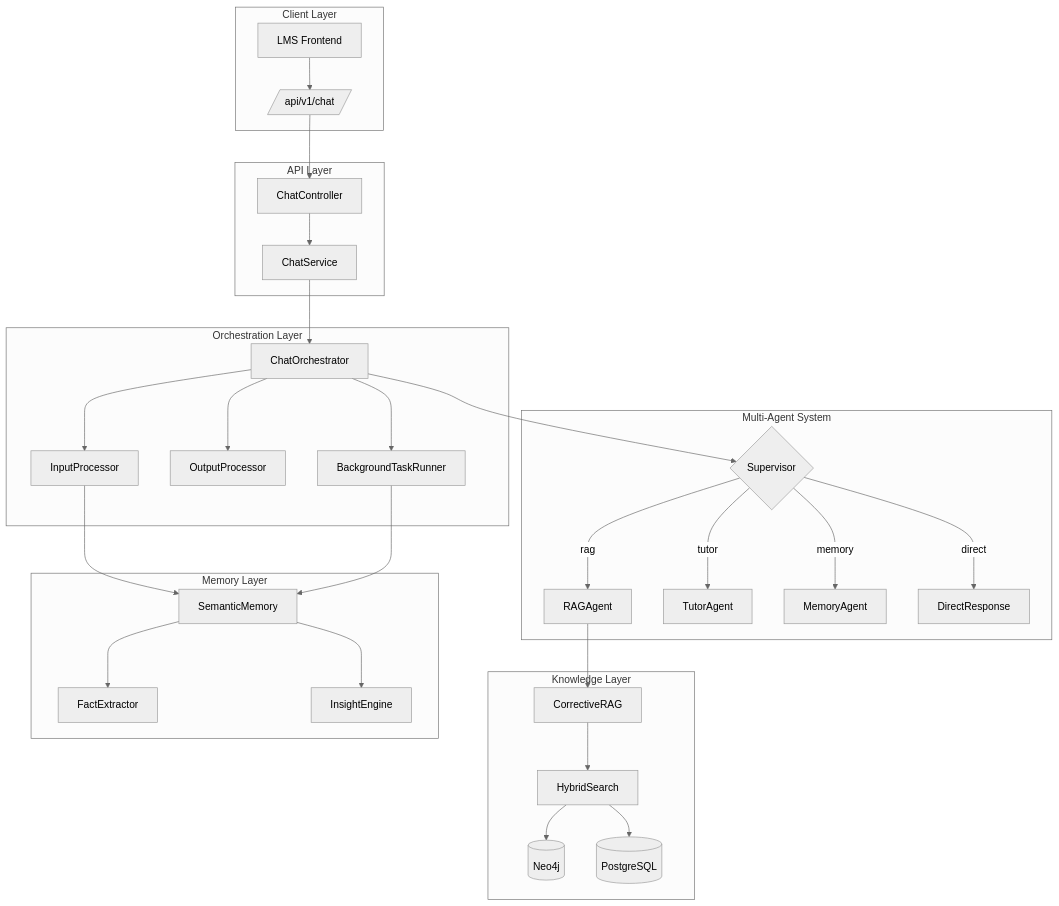
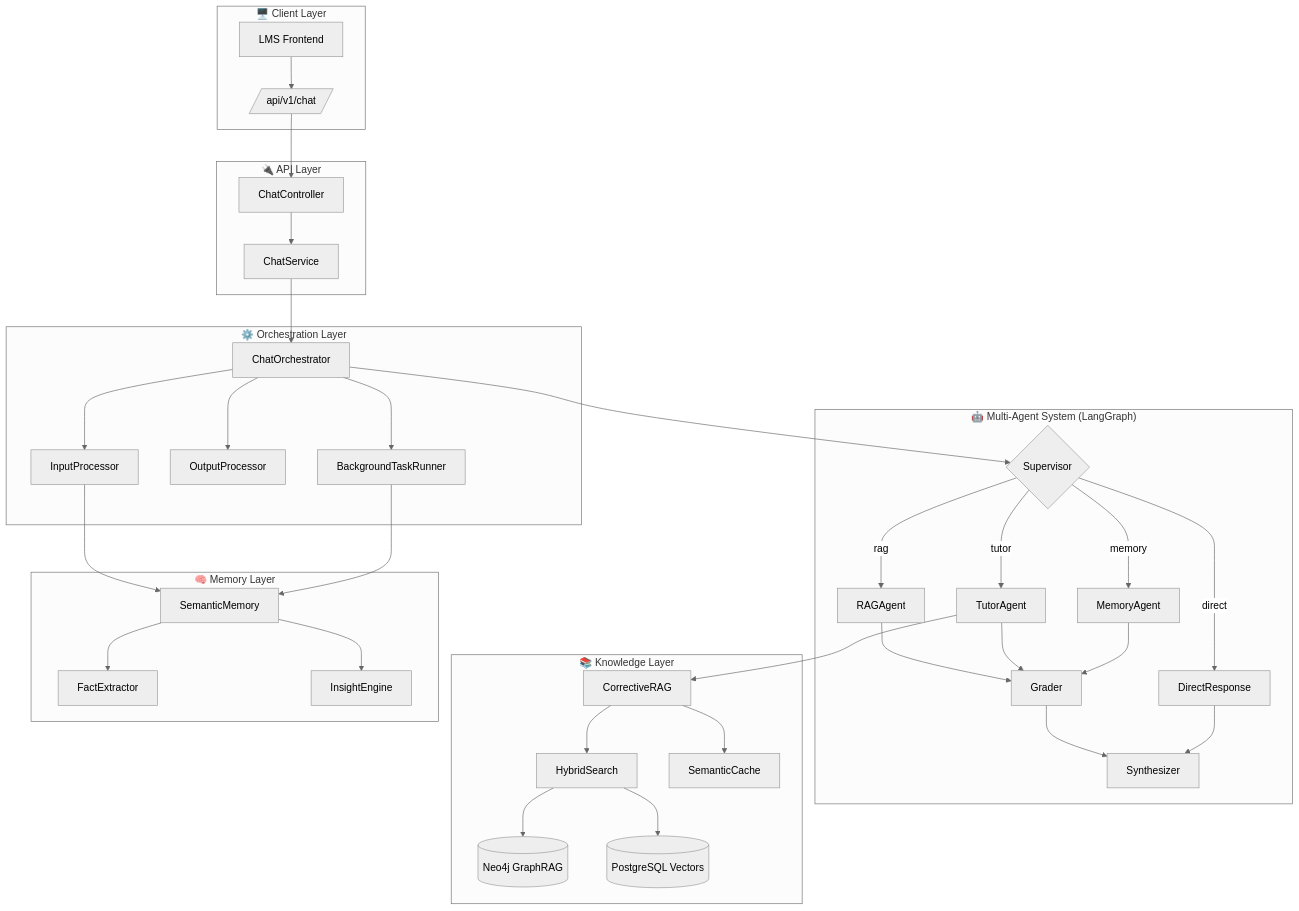
Before and after one commit to meiiie/LMS_AI: the first of 6 diagrams in docs/architecture/SYSTEM_FLOW.md, drawn with Mermaid (neutral theme). The commit also changed other lines of this file and 14 other files, not shown here.

````diff
--- a/docs/architecture/SYSTEM_FLOW.md
+++ b/docs/architecture/SYSTEM_FLOW.md
@@ -11,40 +11,46 @@
 ```mermaid
 flowchart TB
-    subgraph Client["Client Layer"]
+    subgraph Client["🖥️ Client Layer"]
         A[LMS Frontend] --> B[/api/v1/chat/]
     end
     
-    subgraph API["API Layer"]
+    subgraph API["🔌 API Layer"]
         B --> C[ChatController]
         C --> D[ChatService]
     end
     
-    subgraph Orchestrator["Orchestration Layer"]
+    subgraph Orchestrator["⚙️ Orchestration Layer"]
         D --> E[ChatOrchestrator]
         E --> F[InputProcessor]
         E --> G[OutputProcessor]
         E --> H[BackgroundTaskRunner]
     end
     
-    subgraph Agents["Multi-Agent System"]
+    subgraph Agents["🤖 Multi-Agent System (LangGraph)"]
         E --> I{Supervisor}
         I --> |rag| J[RAGAgent]
         I --> |tutor| K[TutorAgent]
         I --> |memory| L[MemoryAgent]
         I --> |direct| M[DirectResponse]
+        J --> N[Grader]
+        K --> N
+        L --> N
+        N --> O[Synthesizer]
+        M --> O
     end
     
-    subgraph Knowledge["Knowledge Layer"]
-        J --> N[CorrectiveRAG]
-        N --> O[HybridSearch]
-        O --> P[(Neo4j)]
-        O --> Q[(PostgreSQL)]
+    subgraph Knowledge["📚 Knowledge Layer"]
+        K --> P[CorrectiveRAG]
+        P --> Q[HybridSearch]
+        Q --> R[(Neo4j GraphRAG)]
+        Q --> S[(PostgreSQL Vectors)]
+        P --> T[SemanticCache]
     end
     
-    subgraph Memory["Memory Layer"]
-        F --> R[SemanticMemory]
-        R --> S[FactExtractor]
-        R --> T[InsightEngine]
-        H --> R
+    subgraph Memory["🧠 Memory Layer"]
+        F --> U[SemanticMemory]
+        U --> V[FactExtractor]
+        U --> W[InsightEngine]
+        H --> U
     end
 ```
````
